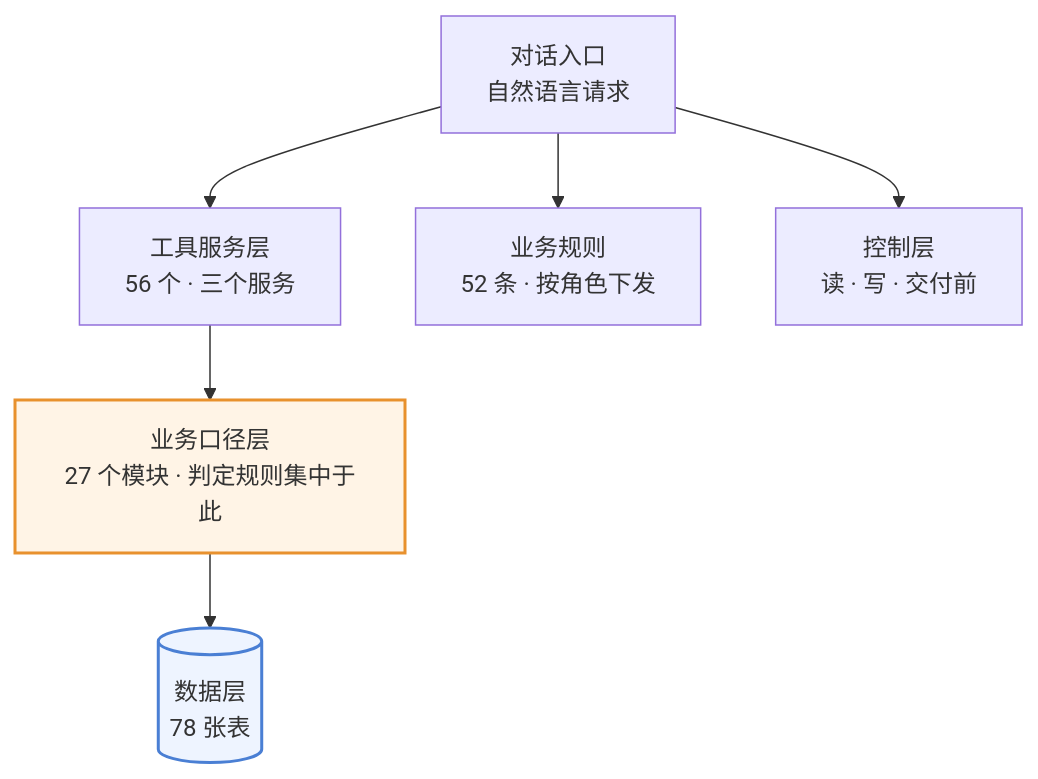
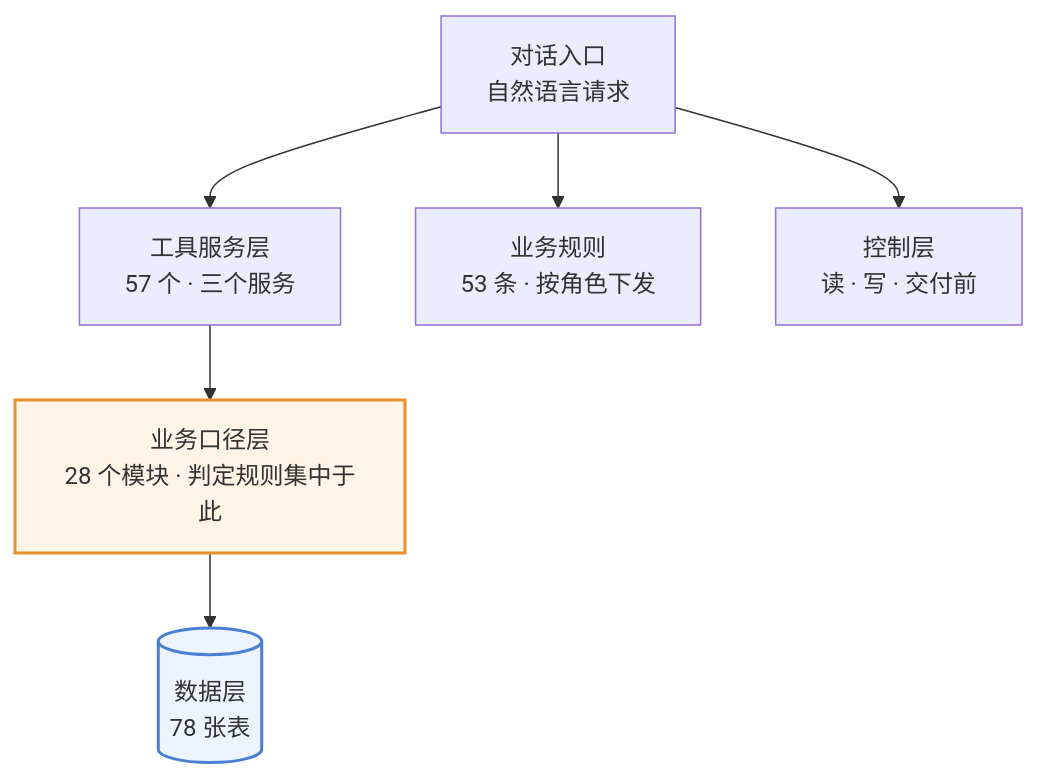
Before and after one commit to 843773296-rgb/lanxiu-yunshang-agent: the first of 4 diagrams in 澜绣云裳agent-产品需求文档.md, drawn with Mermaid. The commit also changed other lines of this file and 16 other files, not shown here.

````diff
--- a/澜绣云裳agent-产品需求文档.md
+++ b/澜绣云裳agent-产品需求文档.md
@@ -134,12 +134,12 @@
 ```mermaid
 flowchart TD
     M["对话入口<br/>自然语言请求"]
-    M --> T["工具服务层<br/>56 个 · 三个服务"]
-    M --> R["业务规则<br/>52 条 · 按角色下发"]
+    M --> T["工具服务层<br/>57 个 · 三个服务"]
+    M --> R["业务规则<br/>53 条 · 按角色下发"]
     M --> G["控制层<br/>读 · 写 · 交付前"]
-    T --> K["业务口径层<br/>27 个模块 · 判定规则集中于此"]
+    T --> K["业务口径层<br/>28 个模块 · 判定规则集中于此"]
     K --> DB[("数据层<br/>78 张表")]
 
     style K fill:#fff4e6,stroke:#e8912d,stroke-width:2px
     style DB fill:#eef4ff,stroke:#4a7fd4,stroke-width:2px
 ```
````
